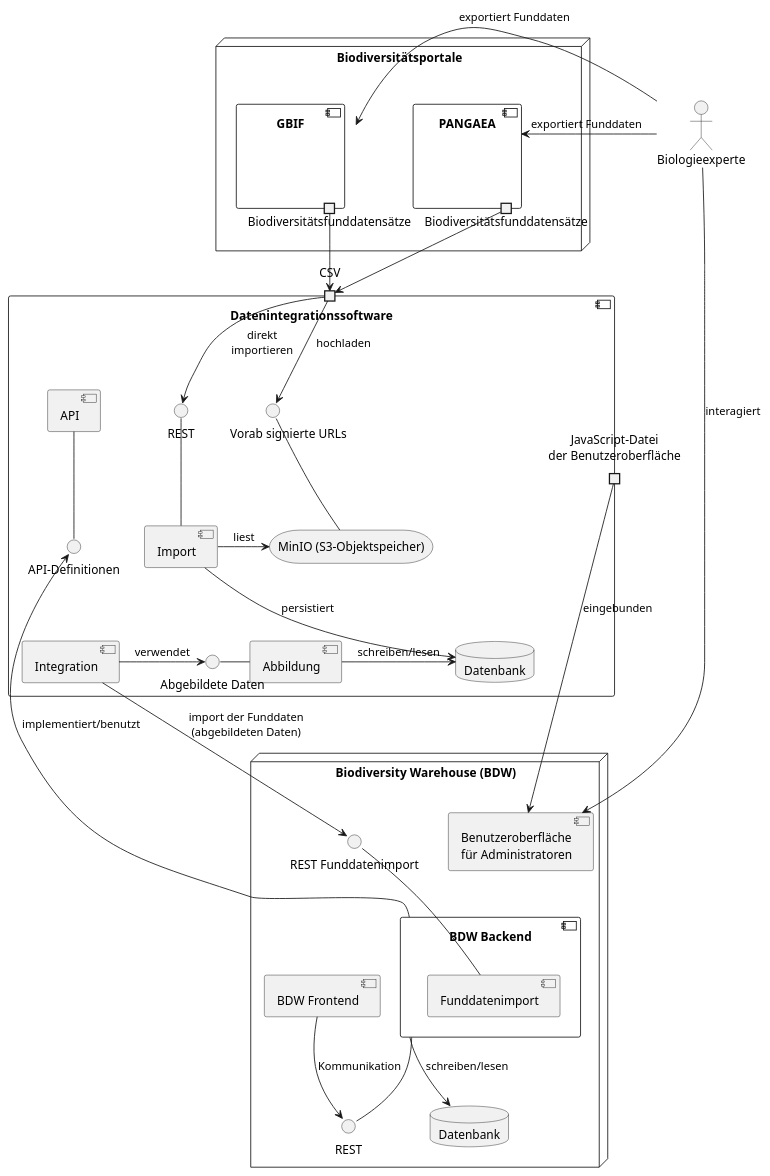
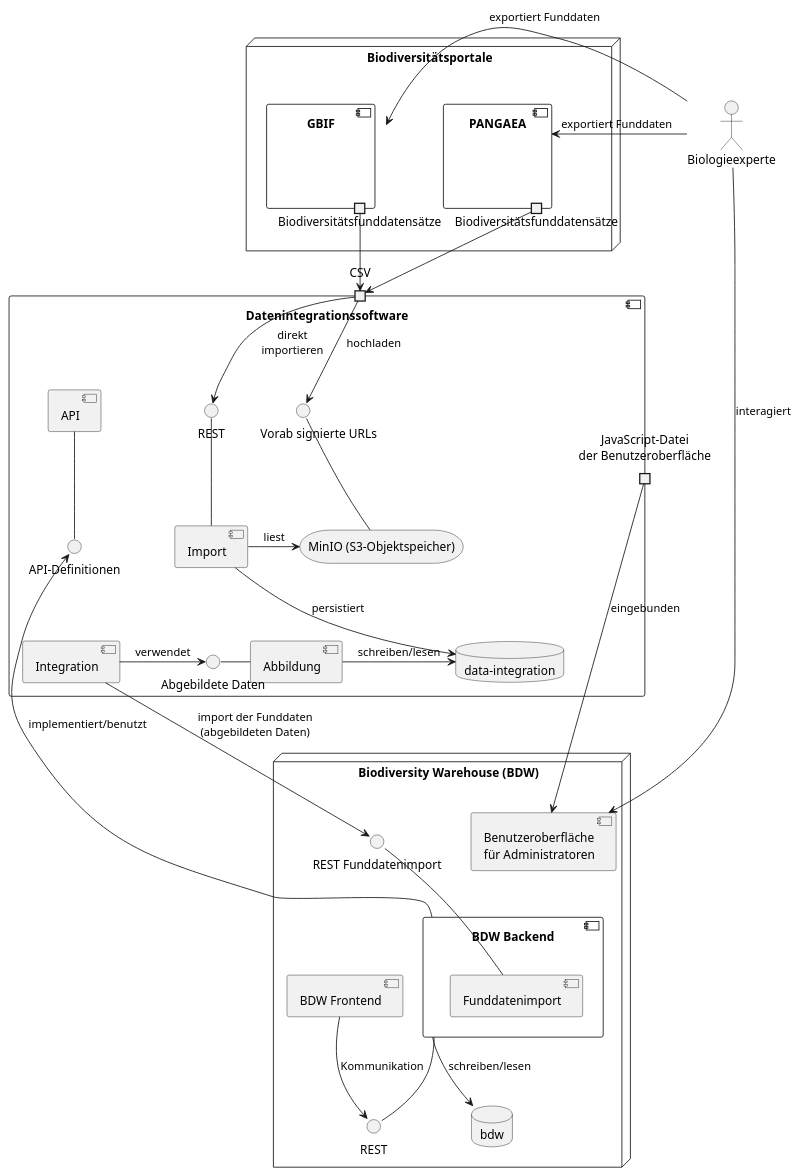
One commit to TuncerCatalkaya/data-integration changed the diagram in data-integration-documentation/src/main/images/design/architecture/architecture.puml. Above: the diagram before and after it, drawn with PlantUML. The commit also changed 15 other files, not shown here.

Commit message:
diagrams

```diff
--- a/data-integration-documentation/src/main/images/design/architecture/architecture.puml
+++ b/data-integration-documentation/src/main/images/design/architecture/architecture.puml
@@ -1,82 +1,82 @@
 @startuml
 
 actor "Biologieexperte" as biologe
 
 node "Biodiversitätsportale" {
     component "GBIF" as gbif {
         portout "Biodiversitätsfunddatensätze" as gbifExportPort
     }
 
     component "PANGAEA" as pangaea {
         portout "Biodiversitätsfunddatensätze" as pangaeaExportPort
     }
 }
 
 component "Datenintegrationssoftware" {
     portin "CSV" as csv
 
     storage "MinIO (S3-Objektspeicher)" as s3
     interface "          Vorab signierte URLs" as s3Interface
     s3Interface -- s3
 
     component "Import" as import
     interface REST as importRest
     importRest -- import
 
     component "Abbildung" as abbildung
     interface "Abgebildete Daten" as abbildungInterface
     abbildungInterface - abbildung
 
     component "Integration" as integration
     portout "JavaScript-Datei\nder Benutzeroberfläche" as javascriptDatei
 
     component "API" as api
     interface "API-Definitionen" as apiInterface
     api -- apiInterface
 
-    database "Datenbank" as datenbank
+    database "data-integration" as datenbank
 }
 
 gbifExportPort --> csv
 pangaeaExportPort --> csv
 csv --> s3Interface: hochladen
 csv -> importRest: direkt\nimportieren
 
 import -> s3: liest
 import --> datenbank: persistiert
 
 abbildung -> datenbank: schreiben/lesen
 
 integration -> abbildungInterface: verwendet
 
 node "Biodiversity Warehouse (BDW)" {
 
     component "Benutzeroberfläche\nfür Administratoren" as adminUI
 
     component "BDW Backend" as backend {
         component Funddatenimport as funddatenImport
     }
     interface "REST Funddatenimport" as restDatenintegration
     interface "REST" as rest
     restDatenintegration -- funddatenImport
     backend -- rest
 
     component "BDW Frontend" as frontend
 
-    database "Datenbank" as bdwDatenbank
+    database "bdw" as bdwDatenbank
 
 }
 
 backend --> bdwDatenbank: schreiben/lesen
 apiInterface <-- backend: implementiert/benutzt
 
 integration --> restDatenintegration: import der Funddaten\n(abgebildeten Daten)
 frontend --> rest: Kommunikation
 
 javascriptDatei -> adminUI: eingebunden
 
 biologe -> adminUI: interagiert
 biologe -> gbif: exportiert Funddaten
 biologe -> pangaea: exportiert Funddaten
 
 @enduml
```
